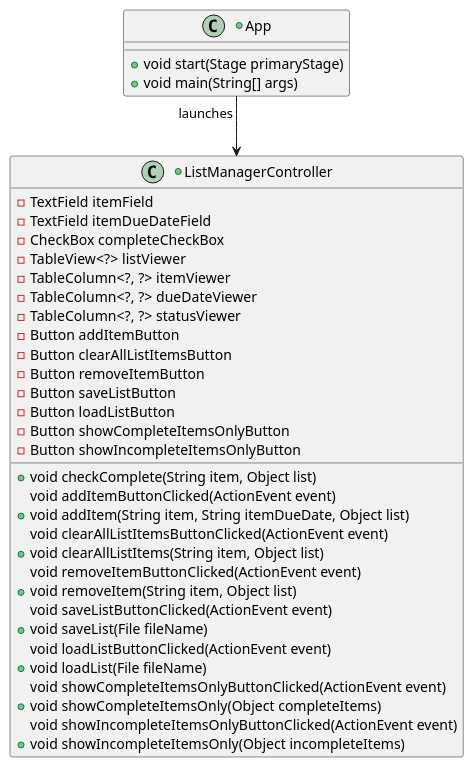
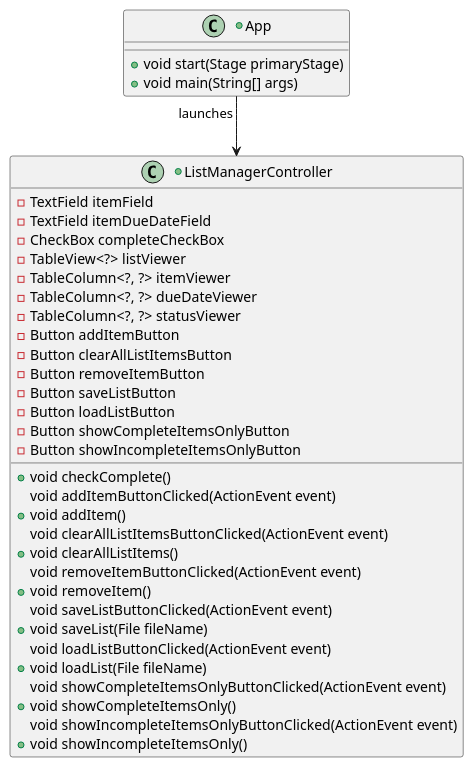
Before and after one commit to RachelCameron/cameron-cop3330-assignment4part2: the diagram in uml/ClassDiagram.puml, drawn with PlantUML. The commit also changed 1 other file, not shown here.

```diff
--- a/uml/ClassDiagram.puml
+++ b/uml/ClassDiagram.puml
@@ -1,42 +1,42 @@
 @startuml
 
 +class App{
 +void start(Stage primaryStage)
 +void main(String[] args)
 }
 
 +class ListManagerController{
 -TextField itemField
 -TextField itemDueDateField
 -CheckBox completeCheckBox
-+void checkComplete(String item, Object list)
++void checkComplete()
 -TableView<?> listViewer
 -TableColumn<?, ?> itemViewer
 -TableColumn<?, ?> dueDateViewer
 -TableColumn<?, ?> statusViewer
 -Button addItemButton
 void addItemButtonClicked(ActionEvent event)
-+void addItem(String item, String itemDueDate, Object list)
++void addItem()
 -Button clearAllListItemsButton
 void clearAllListItemsButtonClicked(ActionEvent event)
-+void clearAllListItems(String item, Object list)
++void clearAllListItems()
 -Button removeItemButton
 void removeItemButtonClicked(ActionEvent event)
-+void removeItem(String item, Object list)
++void removeItem()
 -Button saveListButton
 void saveListButtonClicked(ActionEvent event)
 +void saveList(File fileName)
 -Button loadListButton
 void loadListButtonClicked(ActionEvent event)
 +void loadList(File fileName)
 -Button showCompleteItemsOnlyButton
 void showCompleteItemsOnlyButtonClicked(ActionEvent event)
-+void showCompleteItemsOnly(Object completeItems)
++void showCompleteItemsOnly()
 -Button showIncompleteItemsOnlyButton
 void showIncompleteItemsOnlyButtonClicked(ActionEvent event)
-+void showIncompleteItemsOnly(Object incompleteItems)
++void showIncompleteItemsOnly()
 }
 
 App "launches" --> ListManagerController
 
 @enduml
```
